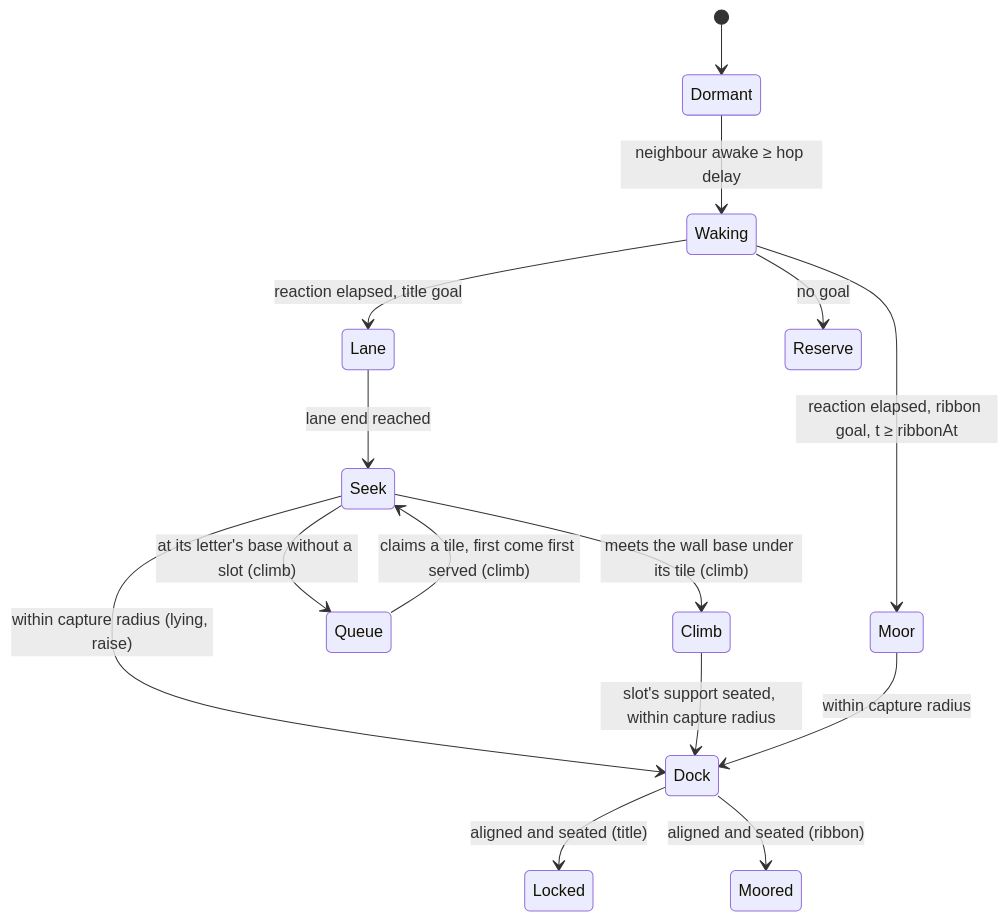
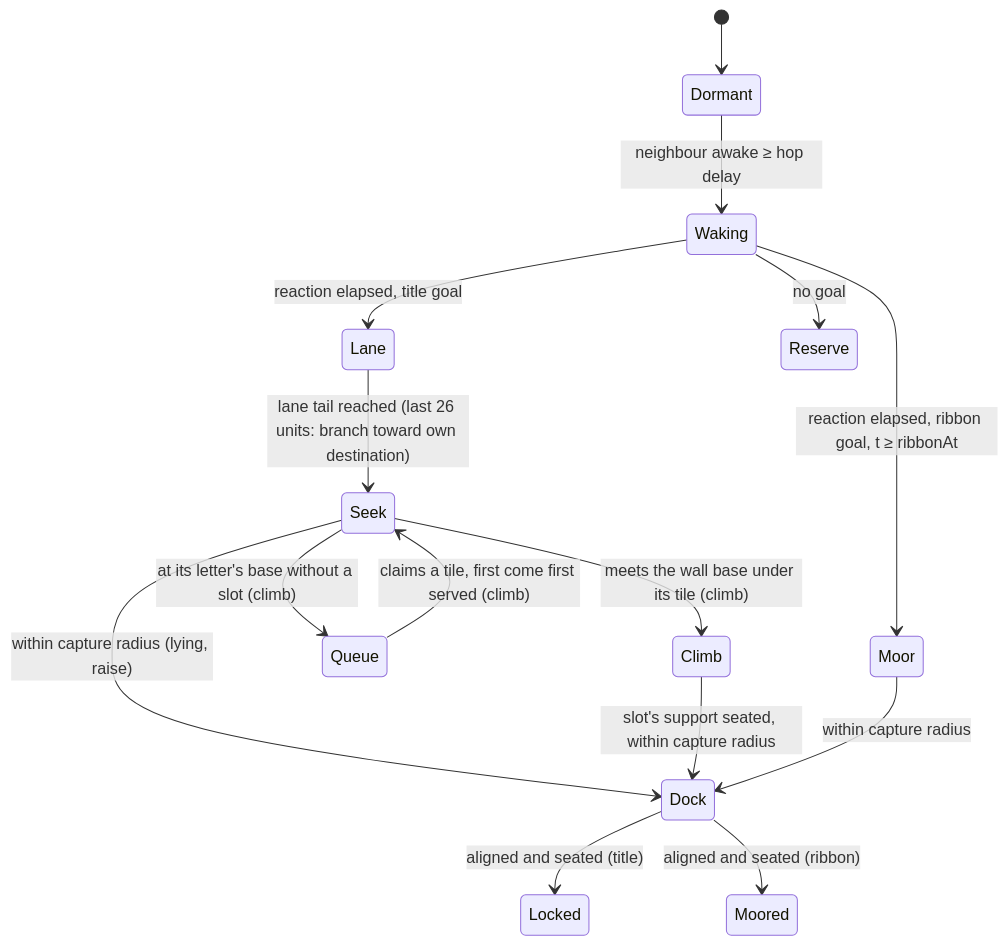
The diagram in docs/concepts/phase15-experience/nanite-swarm-design.md (CraigHutchinson/Crucible), drawn with Mermaid before and after one commit. The commit also changed other lines of this file and 17 other files, not shown here.

````diff
--- a/docs/concepts/phase15-experience/nanite-swarm-design.md
+++ b/docs/concepts/phase15-experience/nanite-swarm-design.md
@@ -130,17 +130,17 @@
 ```mermaid
 stateDiagram-v2
     [*] --> Dormant
     Dormant --> Waking: neighbour awake ≥ hop delay
     Waking --> Lane: reaction elapsed, title goal
     Waking --> Moor: reaction elapsed, ribbon goal, t ≥ ribbonAt
     Waking --> Reserve: no goal
-    Lane --> Seek: lane end reached
+    Lane --> Seek: lane tail reached (last 26 units: branch toward own destination)
     Seek --> Dock: within capture radius (lying, raise)
     Seek --> Queue: at its letter's base without a slot (climb)
     Queue --> Seek: claims a tile, first come first served (climb)
     Seek --> Climb: meets the wall base under its tile (climb)
     Climb --> Dock: slot's support seated, within capture radius
     Moor --> Dock: within capture radius
     Dock --> Locked: aligned and seated (title)
     Dock --> Moored: aligned and seated (ribbon)
 ```
````
